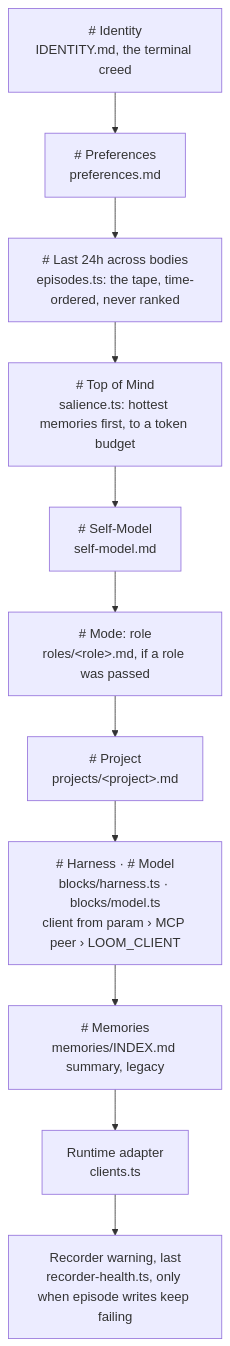
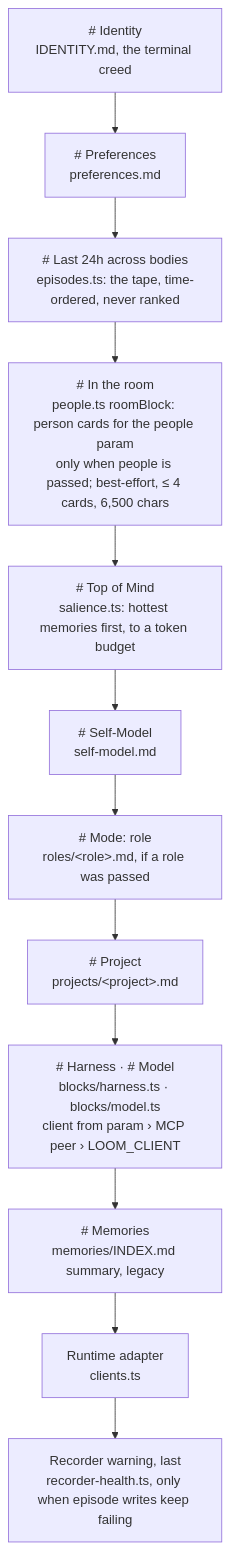
One commit to sleepunit-agents/loom changed the second of 4 diagrams in docs/architecture.md. Above: the diagram before and after it, drawn with Mermaid. The commit also changed other lines of this file and 23 other files, not shown here.

First line of the commit message:
feat(people): person cards — condensed current state per person (t-1381) (#143)

````diff
--- a/docs/architecture.md
+++ b/docs/architecture.md
@@ -111,13 +121,14 @@
 ```mermaid
 flowchart TB
   A["# Identity<br/>IDENTITY.md, the terminal creed"] --> B["# Preferences<br/>preferences.md"]
   B --> C["# Last 24h across bodies<br/>episodes.ts: the tape, time-ordered, never ranked"]
-  C --> D["# Top of Mind<br/>salience.ts: hottest memories first, to a token budget"]
+  C --> R2["# In the room<br/>people.ts roomBlock: person cards for the people param<br/>only when people is passed; best-effort, ≤ 4 cards, 6,500 chars"]
+  R2 --> D["# Top of Mind<br/>salience.ts: hottest memories first, to a token budget"]
   D --> E["# Self-Model<br/>self-model.md"]
   E --> F["# Mode: role<br/>roles/&lt;role&gt;.md, if a role was passed"]
   F --> G["# Project<br/>projects/&lt;project&gt;.md"]
   G --> H2["# Harness · # Model<br/>blocks/harness.ts · blocks/model.ts<br/>client from param › MCP peer › LOOM_CLIENT"]
   H2 --> I["# Memories<br/>memories/INDEX.md summary, legacy"]
   I --> J["Runtime adapter<br/>clients.ts"]
   J --> K["Recorder warning, last<br/>recorder-health.ts, only when episode writes keep failing"]
 ```
````
